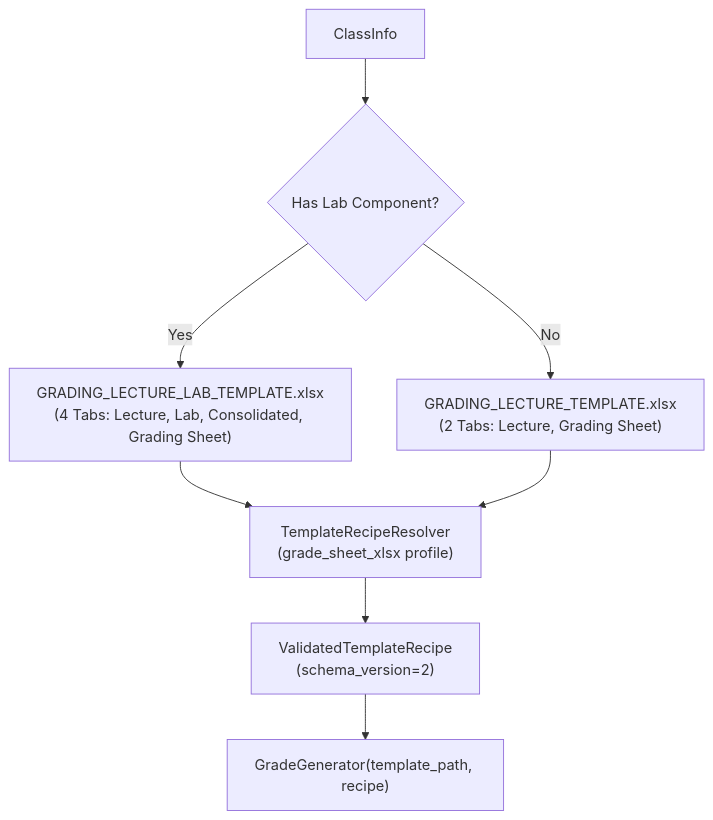
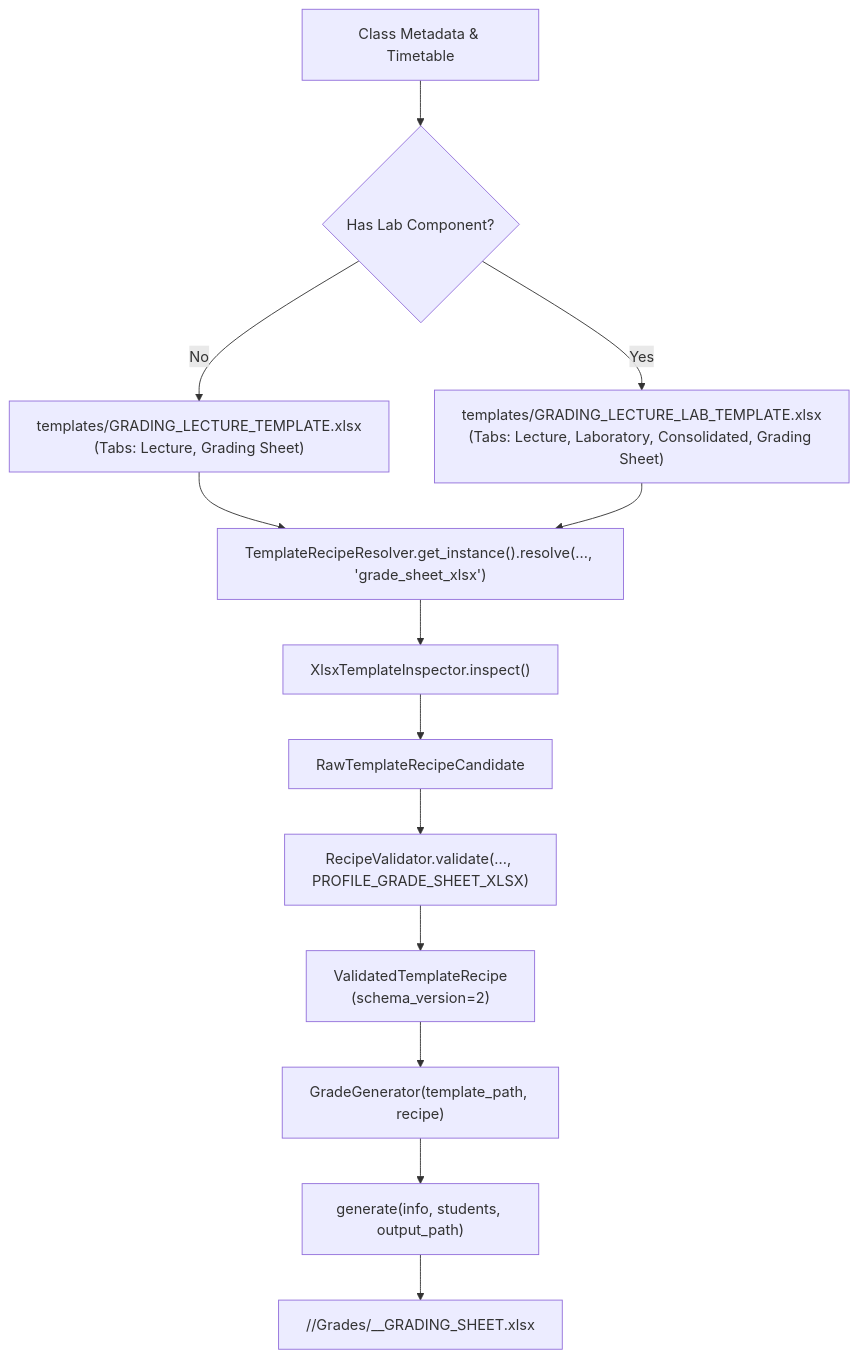
One commit to DrinkBoooz/cvsu-generator_documentation changed the diagram in 02 - Generators/Grading Generator.md. Above: the diagram before and after it, drawn with Mermaid. The commit also changed other lines of this file and 9 other files, not shown here.

````diff
--- a/02 - Generators/Grading Generator.md
+++ b/02 - Generators/Grading Generator.md
@@ -35,12 +39,18 @@
 ```mermaid
 graph TD
-    Class["ClassInfo"] --> LabCheck{"Has Lab Component?"}
-    LabCheck -->|Yes| LabTpl["GRADING_LECTURE_LAB_TEMPLATE.xlsx<br>(4 Tabs: Lecture, Lab, Consolidated, Grading Sheet)"]
-    LabCheck -->|No| LecTpl["GRADING_LECTURE_TEMPLATE.xlsx<br>(2 Tabs: Lecture, Grading Sheet)"]
+    Info["Class Metadata & Timetable"] --> LabCheck{"Has Lab Component?"}
+    LabCheck -->|No| TplLec["templates/GRADING_LECTURE_TEMPLATE.xlsx<br>(Tabs: Lecture, Grading Sheet)"]
+    LabCheck -->|Yes| TplLab["templates/GRADING_LECTURE_LAB_TEMPLATE.xlsx<br>(Tabs: Lecture, Laboratory, Consolidated, Grading Sheet)"]
 
-    LabTpl --> Resolver["TemplateRecipeResolver<br>(grade_sheet_xlsx profile)"]
-    LecTpl --> Resolver
+    TplLec --> Resolver["TemplateRecipeResolver.get_instance().resolve(..., 'grade_sheet_xlsx')"]
+    TplLab --> Resolver
 
-    Resolver --> Recipe["ValidatedTemplateRecipe<br>(schema_version=2)"]
+    Resolver --> Insp["XlsxTemplateInspector.inspect()"]
+    Insp --> Cand["RawTemplateRecipeCandidate"]
+    Cand --> Valid["RecipeValidator.validate(..., PROFILE_GRADE_SHEET_XLSX)"]
+    Valid --> Recipe["ValidatedTemplateRecipe<br>(schema_version=2)"]
+
     Recipe --> Gen["GradeGenerator(template_path, recipe)"]
+    Gen --> Exec["generate(info, students, output_path)"]
+    Exec --> Out["<Output>/<Course_Sec>/Grades/<Course_Sec>_<Sched>_GRADING_SHEET.xlsx"]
 ```
````
